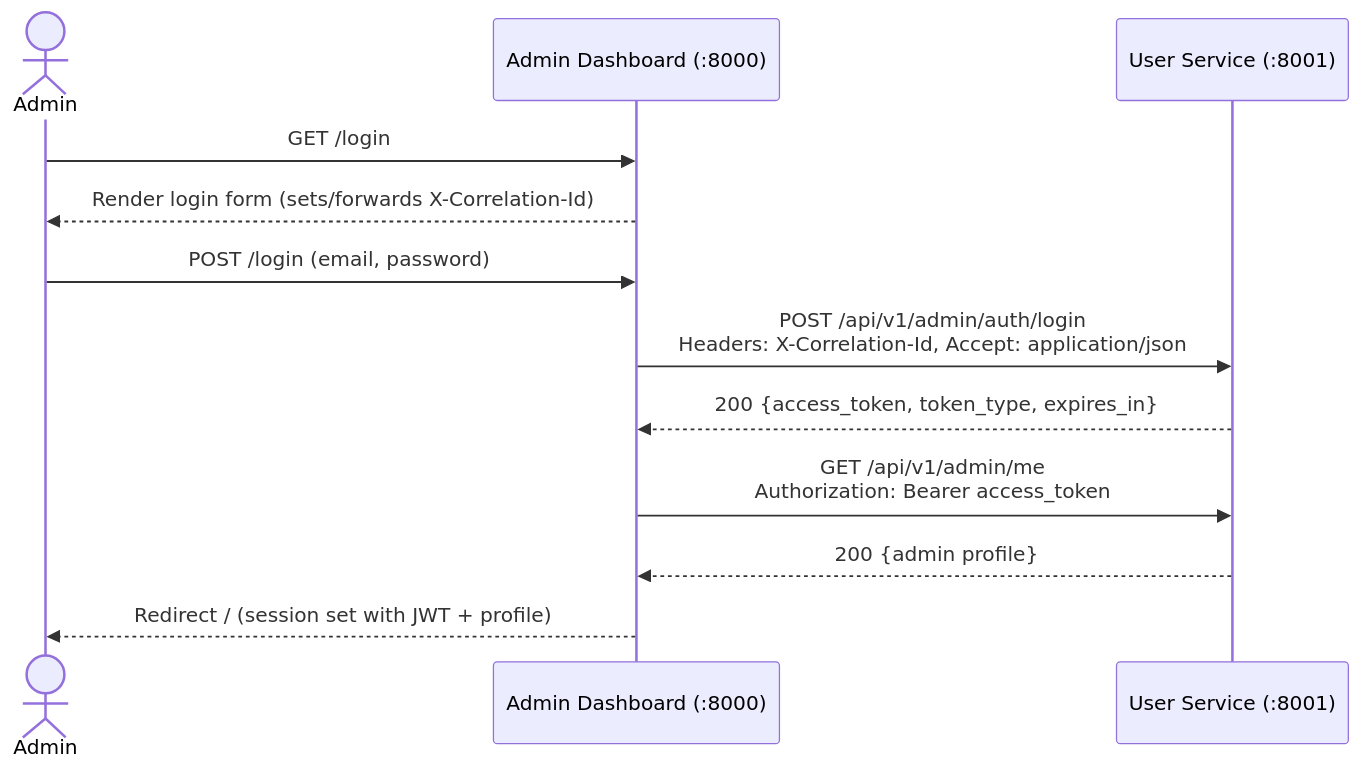
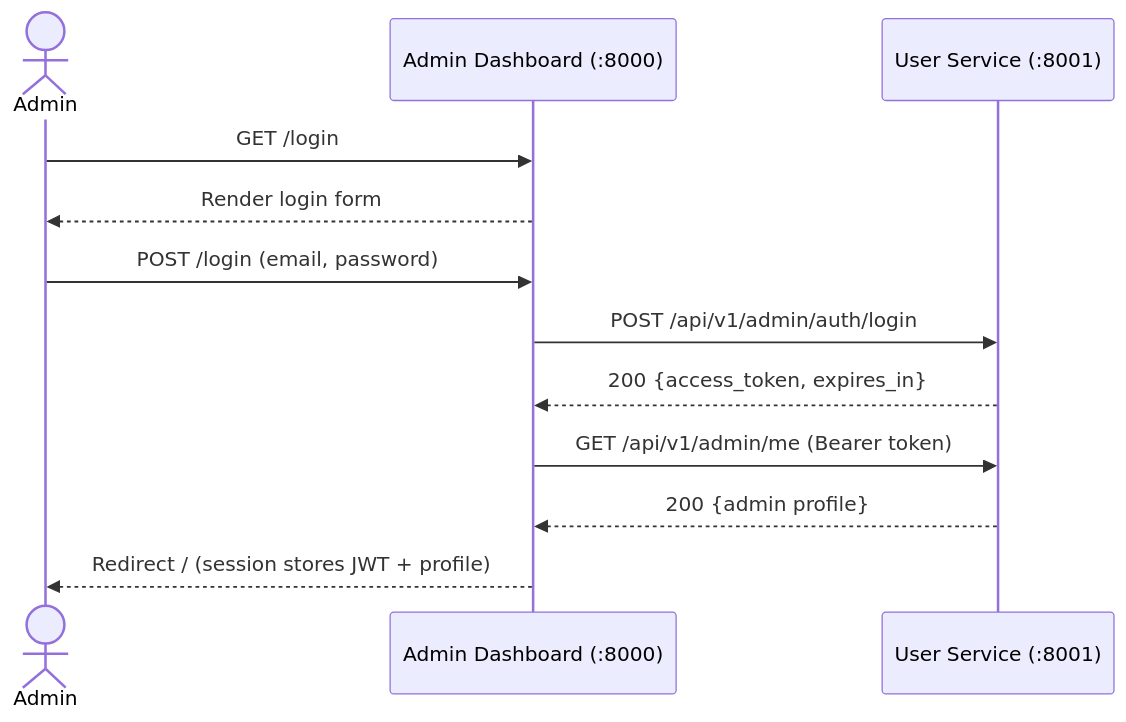
Before and after one commit to M7MDSAMM/notification-platform: the second of 5 diagrams in docs/architecture.md, drawn with Mermaid. The commit also changed other lines of this file and 10 other files, not shown here.

````diff
--- a/docs/architecture.md
+++ b/docs/architecture.md
@@ -45,14 +79,14 @@
 ```mermaid
 sequenceDiagram
     actor Admin
     participant AD as Admin Dashboard (:8000)
     participant US as User Service (:8001)
     Admin->>AD: GET /login
-    AD-->>Admin: Render login form (sets/forwards X-Correlation-Id)
+    AD-->>Admin: Render login form
     Admin->>AD: POST /login (email, password)
-    AD->>US: POST /api/v1/admin/auth/login<br/>Headers: X-Correlation-Id, Accept: application/json
-    US-->>AD: 200 {access_token, token_type, expires_in}
-    AD->>US: GET /api/v1/admin/me<br/>Authorization: Bearer access_token
+    AD->>US: POST /api/v1/admin/auth/login
+    US-->>AD: 200 {access_token, expires_in}
+    AD->>US: GET /api/v1/admin/me (Bearer token)
     US-->>AD: 200 {admin profile}
-    AD-->>Admin: Redirect / (session set with JWT + profile)
+    AD-->>Admin: Redirect / (session stores JWT + profile)
 ```
````
